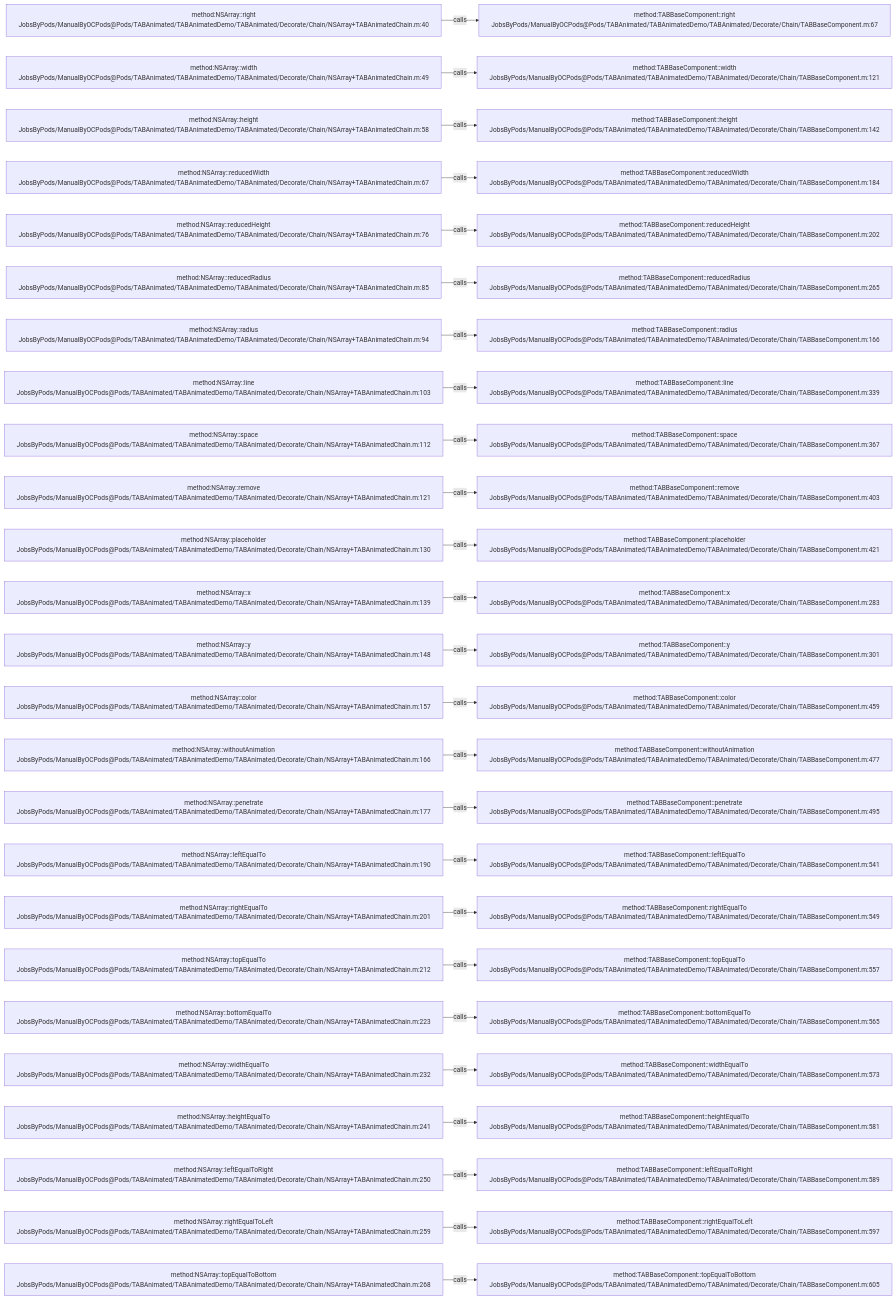
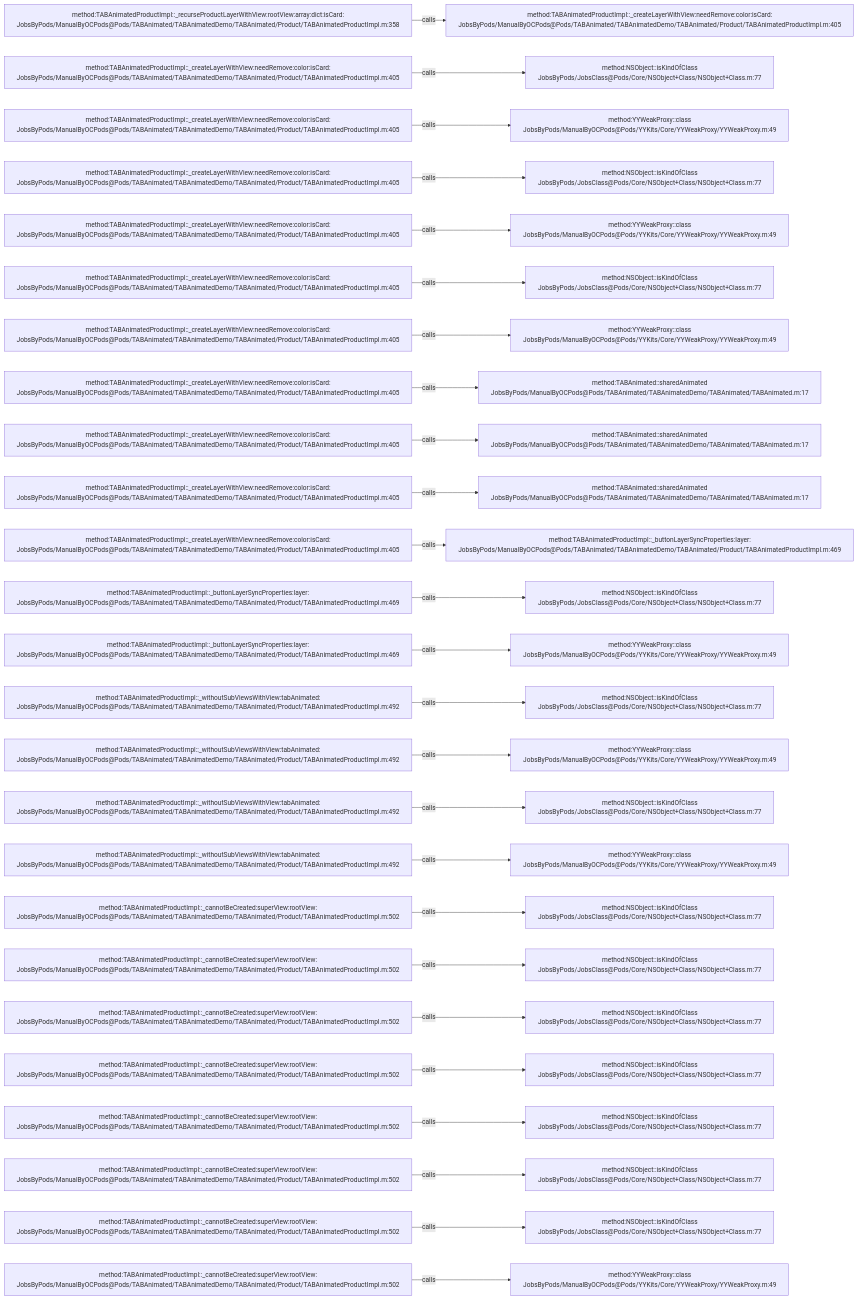
One commit to JobsKits/JobsOCBaseConfigDemo changed the diagram in .codegraph/codegraph.md/graphs/calls-038.md. Above: the diagram before and after it, drawn with Mermaid. The commit also changed 1223 other files, not shown here.

````diff
--- a/.codegraph/codegraph.md/graphs/calls-038.md
+++ b/.codegraph/codegraph.md/graphs/calls-038.md
@@ -13,78 +13,78 @@
 ```mermaid
 flowchart LR
-  S1["method:NSArray::right<br/>JobsByPods/ManualByOCPods@Pods/TABAnimated/TABAnimatedDemo/TABAnimated/Decorate/Chain/NSArray+TABAnimatedChain.m:40"]
-  T1["method:TABBaseComponent::right<br/>JobsByPods/ManualByOCPods@Pods/TABAnimated/TABAnimatedDemo/TABAnimated/Decorate/Chain/TABBaseComponent.m:67"]
+  S1["method:TABAnimatedProductImpl::_recurseProductLayerWithView:rootView:array:dict:isCard:<br/>JobsByPods/ManualByOCPods@Pods/TABAnimated/TABAnimatedDemo/TABAnimated/Product/TABAnimatedProductImpl.m:358"]
+  T1["method:TABAnimatedProductImpl::_createLayerWithView:needRemove:color:isCard:<br/>JobsByPods/ManualByOCPods@Pods/TABAnimated/TABAnimatedDemo/TABAnimated/Product/TABAnimatedProductImpl.m:405"]
   S1 -->|calls| T1
-  S2["method:NSArray::width<br/>JobsByPods/ManualByOCPods@Pods/TABAnimated/TABAnimatedDemo/TABAnimated/Decorate/Chain/NSArray+TABAnimatedChain.m:49"]
-  T2["method:TABBaseComponent::width<br/>JobsByPods/ManualByOCPods@Pods/TABAnimated/TABAnimatedDemo/TABAnimated/Decorate/Chain/TABBaseComponent.m:121"]
+  S2["method:TABAnimatedProductImpl::_createLayerWithView:needRemove:color:isCard:<br/>JobsByPods/ManualByOCPods@Pods/TABAnimated/TABAnimatedDemo/TABAnimated/Product/TABAnimatedProductImpl.m:405"]
+  T2["method:NSObject::isKindOfClass<br/>JobsByPods/JobsClass@Pods/Core/NSObject+Class/NSObject+Class.m:77"]
   S2 -->|calls| T2
-  S3["method:NSArray::height<br/>JobsByPods/ManualByOCPods@Pods/TABAnimated/TABAnimatedDemo/TABAnimated/Decorate/Chain/NSArray+TABAnimatedChain.m:58"]
-  T3["method:TABBaseComponent::height<br/>JobsByPods/ManualByOCPods@Pods/TABAnimated/TABAnimatedDemo/TABAnimated/Decorate/Chain/TABBaseComponent.m:142"]
+  S3["method:TABAnimatedProductImpl::_createLayerWithView:needRemove:color:isCard:<br/>JobsByPods/ManualByOCPods@Pods/TABAnimated/TABAnimatedDemo/TABAnimated/Product/TABAnimatedProductImpl.m:405"]
+  T3["method:YYWeakProxy::class<br/>JobsByPods/ManualByOCPods@Pods/YYKits/Core/YYWeakProxy/YYWeakProxy.m:49"]
   S3 -->|calls| T3
-  S4["method:NSArray::reducedWidth<br/>JobsByPods/ManualByOCPods@Pods/TABAnimated/TABAnimatedDemo/TABAnimated/Decorate/Chain/NSArray+TABAnimatedChain.m:67"]
-  T4["method:TABBaseComponent::reducedWidth<br/>JobsByPods/ManualByOCPods@Pods/TABAnimated/TABAnimatedDemo/TABAnimated/Decorate/Chain/TABBaseComponent.m:184"]
+  S4["method:TABAnimatedProductImpl::_createLayerWithView:needRemove:color:isCard:<br/>JobsByPods/ManualByOCPods@Pods/TABAnimated/TABAnimatedDemo/TABAnimated/Product/TABAnimatedProductImpl.m:405"]
+  T4["method:NSObject::isKindOfClass<br/>JobsByPods/JobsClass@Pods/Core/NSObject+Class/NSObject+Class.m:77"]
   S4 -->|calls| T4
-  S5["method:NSArray::reducedHeight<br/>JobsByPods/ManualByOCPods@Pods/TABAnimated/TABAnimatedDemo/TABAnimated/Decorate/Chain/NSArray+TABAnimatedChain.m:76"]
-  T5["method:TABBaseComponent::reducedHeight<br/>JobsByPods/ManualByOCPods@Pods/TABAnimated/TABAnimatedDemo/TABAnimated/Decorate/Chain/TABBaseComponent.m:202"]
+  S5["method:TABAnimatedProductImpl::_createLayerWithView:needRemove:color:isCard:<br/>JobsByPods/ManualByOCPods@Pods/TABAnimated/TABAnimatedDemo/TABAnimated/Product/TABAnimatedProductImpl.m:405"]
+  T5["method:YYWeakProxy::class<br/>JobsByPods/ManualByOCPods@Pods/YYKits/Core/YYWeakProxy/YYWeakProxy.m:49"]
   S5 -->|calls| T5
-  S6["method:NSArray::reducedRadius<br/>JobsByPods/ManualByOCPods@Pods/TABAnimated/TABAnimatedDemo/TABAnimated/Decorate/Chain/NSArray+TABAnimatedChain.m:85"]
-  T6["method:TABBaseComponent::reducedRadius<br/>JobsByPods/ManualByOCPods@Pods/TABAnimated/TABAnimatedDemo/TABAnimated/Decorate/Chain/TABBaseComponent.m:265"]
+  S6["method:TABAnimatedProductImpl::_createLayerWithView:needRemove:color:isCard:<br/>JobsByPods/ManualByOCPods@Pods/TABAnimated/TABAnimatedDemo/TABAnimated/Product/TABAnimatedProductImpl.m:405"]
+  T6["method:NSObject::isKindOfClass<br/>JobsByPods/JobsClass@Pods/Core/NSObject+Class/NSObject+Class.m:77"]
   S6 -->|calls| T6
-  S7["method:NSArray::radius<br/>JobsByPods/ManualByOCPods@Pods/TABAnimated/TABAnimatedDemo/TABAnimated/Decorate/Chain/NSArray+TABAnimatedChain.m:94"]
-  T7["method:TABBaseComponent::radius<br/>JobsByPods/ManualByOCPods@Pods/TABAnimated/TABAnimatedDemo/TABAnimated/Decorate/Chain/TABBaseComponent.m:166"]
+  S7["method:TABAnimatedProductImpl::_createLayerWithView:needRemove:color:isCard:<br/>JobsByPods/ManualByOCPods@Pods/TABAnimated/TABAnimatedDemo/TABAnimated/Product/TABAnimatedProductImpl.m:405"]
+  T7["method:YYWeakProxy::class<br/>JobsByPods/ManualByOCPods@Pods/YYKits/Core/YYWeakProxy/YYWeakProxy.m:49"]
   S7 -->|calls| T7
-  S8["method:NSArray::line<br/>JobsByPods/ManualByOCPods@Pods/TABAnimated/TABAnimatedDemo/TABAnimated/Decorate/Chain/NSArray+TABAnimatedChain.m:103"]
-  T8["method:TABBaseComponent::line<br/>JobsByPods/ManualByOCPods@Pods/TABAnimated/TABAnimatedDemo/TABAnimated/Decorate/Chain/TABBaseComponent.m:339"]
+  S8["method:TABAnimatedProductImpl::_createLayerWithView:needRemove:color:isCard:<br/>JobsByPods/ManualByOCPods@Pods/TABAnimated/TABAnimatedDemo/TABAnimated/Product/TABAnimatedProductImpl.m:405"]
+  T8["method:TABAnimated::sharedAnimated<br/>JobsByPods/ManualByOCPods@Pods/TABAnimated/TABAnimatedDemo/TABAnimated/TABAnimated.m:17"]
   S8 -->|calls| T8
-  S9["method:NSArray::space<br/>JobsByPods/ManualByOCPods@Pods/TABAnimated/TABAnimatedDemo/TABAnimated/Decorate/Chain/NSArray+TABAnimatedChain.m:112"]
-  T9["method:TABBaseComponent::space<br/>JobsByPods/ManualByOCPods@Pods/TABAnimated/TABAnimatedDemo/TABAnimated/Decorate/Chain/TABBaseComponent.m:367"]
+  S9["method:TABAnimatedProductImpl::_createLayerWithView:needRemove:color:isCard:<br/>JobsByPods/ManualByOCPods@Pods/TABAnimated/TABAnimatedDemo/TABAnimated/Product/TABAnimatedProductImpl.m:405"]
+  T9["method:TABAnimated::sharedAnimated<br/>JobsByPods/ManualByOCPods@Pods/TABAnimated/TABAnimatedDemo/TABAnimated/TABAnimated.m:17"]
   S9 -->|calls| T9
-  S10["method:NSArray::remove<br/>JobsByPods/ManualByOCPods@Pods/TABAnimated/TABAnimatedDemo/TABAnimated/Decorate/Chain/NSArray+TABAnimatedChain.m:121"]
-  T10["method:TABBaseComponent::remove<br/>JobsByPods/ManualByOCPods@Pods/TABAnimated/TABAnimatedDemo/TABAnimated/Decorate/Chain/TABBaseComponent.m:403"]
+  S10["method:TABAnimatedProductImpl::_createLayerWithView:needRemove:color:isCard:<br/>JobsByPods/ManualByOCPods@Pods/TABAnimated/TABAnimatedDemo/TABAnimated/Product/TABAnimatedProductImpl.m:405"]
+  T10["method:TABAnimated::sharedAnimated<br/>JobsByPods/ManualByOCPods@Pods/TABAnimated/TABAnimatedDemo/TABAnimated/TABAnimated.m:17"]
   S10 -->|calls| T10
-  S11["method:NSArray::placeholder<br/>JobsByPods/ManualByOCPods@Pods/TABAnimated/TABAnimatedDemo/TABAnimated/Decorate/Chain/NSArray+TABAnimatedChain.m:130"]
-  T11["method:TABBaseComponent::placeholder<br/>JobsByPods/ManualByOCPods@Pods/TABAnimated/TABAnimatedDemo/TABAnimated/Decorate/Chain/TABBaseComponent.m:421"]
+  S11["method:TABAnimatedProductImpl::_createLayerWithView:needRemove:color:isCard:<br/>JobsByPods/ManualByOCPods@Pods/TABAnimated/TABAnimatedDemo/TABAnimated/Product/TABAnimatedProductImpl.m:405"]
+  T11["method:TABAnimatedProductImpl::_buttonLayerSyncProperties:layer:<br/>JobsByPods/ManualByOCPods@Pods/TABAnimated/TABAnimatedDemo/TABAnimated/Product/TABAnimatedProductImpl.m:469"]
   S11 -->|calls| T11
-  S12["method:NSArray::x<br/>JobsByPods/ManualByOCPods@Pods/TABAnimated/TABAnimatedDemo/TABAnimated/Decorate/Chain/NSArray+TABAnimatedChain.m:139"]
-  T12["method:TABBaseComponent::x<br/>JobsByPods/ManualByOCPods@Pods/TABAnimated/TABAnimatedDemo/TABAnimated/Decorate/Chain/TABBaseComponent.m:283"]
+  S12["method:TABAnimatedProductImpl::_buttonLayerSyncProperties:layer:<br/>JobsByPods/ManualByOCPods@Pods/TABAnimated/TABAnimatedDemo/TABAnimated/Product/TABAnimatedProductImpl.m:469"]
+  T12["method:NSObject::isKindOfClass<br/>JobsByPods/JobsClass@Pods/Core/NSObject+Class/NSObject+Class.m:77"]
   S12 -->|calls| T12
-  S13["method:NSArray::y<br/>JobsByPods/ManualByOCPods@Pods/TABAnimated/TABAnimatedDemo/TABAnimated/Decorate/Chain/NSArray+TABAnimatedChain.m:148"]
-  T13["method:TABBaseComponent::y<br/>JobsByPods/ManualByOCPods@Pods/TABAnimated/TABAnimatedDemo/TABAnimated/Decorate/Chain/TABBaseComponent.m:301"]
+  S13["method:TABAnimatedProductImpl::_buttonLayerSyncProperties:layer:<br/>JobsByPods/ManualByOCPods@Pods/TABAnimated/TABAnimatedDemo/TABAnimated/Product/TABAnimatedProductImpl.m:469"]
+  T13["method:YYWeakProxy::class<br/>JobsByPods/ManualByOCPods@Pods/YYKits/Core/YYWeakProxy/YYWeakProxy.m:49"]
   S13 -->|calls| T13
-  S14["method:NSArray::color<br/>JobsByPods/ManualByOCPods@Pods/TABAnimated/TABAnimatedDemo/TABAnimated/Decorate/Chain/NSArray+TABAnimatedChain.m:157"]
-  T14["method:TABBaseComponent::color<br/>JobsByPods/ManualByOCPods@Pods/TABAnimated/TABAnimatedDemo/TABAnimated/Decorate/Chain/TABBaseComponent.m:459"]
+  S14["method:TABAnimatedProductImpl::_withoutSubViewsWithView:tabAnimated:<br/>JobsByPods/ManualByOCPods@Pods/TABAnimated/TABAnimatedDemo/TABAnimated/Product/TABAnimatedProductImpl.m:492"]
+  T14["method:NSObject::isKindOfClass<br/>JobsByPods/JobsClass@Pods/Core/NSObject+Class/NSObject+Class.m:77"]
   S14 -->|calls| T14
-  S15["method:NSArray::withoutAnimation<br/>JobsByPods/ManualByOCPods@Pods/TABAnimated/TABAnimatedDemo/TABAnimated/Decorate/Chain/NSArray+TABAnimatedChain.m:166"]
-  T15["method:TABBaseComponent::withoutAnimation<br/>JobsByPods/ManualByOCPods@Pods/TABAnimated/TABAnimatedDemo/TABAnimated/Decorate/Chain/TABBaseComponent.m:477"]
+  S15["method:TABAnimatedProductImpl::_withoutSubViewsWithView:tabAnimated:<br/>JobsByPods/ManualByOCPods@Pods/TABAnimated/TABAnimatedDemo/TABAnimated/Product/TABAnimatedProductImpl.m:492"]
+  T15["method:YYWeakProxy::class<br/>JobsByPods/ManualByOCPods@Pods/YYKits/Core/YYWeakProxy/YYWeakProxy.m:49"]
   S15 -->|calls| T15
-  S16["method:NSArray::penetrate<br/>JobsByPods/ManualByOCPods@Pods/TABAnimated/TABAnimatedDemo/TABAnimated/Decorate/Chain/NSArray+TABAnimatedChain.m:177"]
-  T16["method:TABBaseComponent::penetrate<br/>JobsByPods/ManualByOCPods@Pods/TABAnimated/TABAnimatedDemo/TABAnimated/Decorate/Chain/TABBaseComponent.m:495"]
+  S16["method:TABAnimatedProductImpl::_withoutSubViewsWithView:tabAnimated:<br/>JobsByPods/ManualByOCPods@Pods/TABAnimated/TABAnimatedDemo/TABAnimated/Product/TABAnimatedProductImpl.m:492"]
+  T16["method:NSObject::isKindOfClass<br/>JobsByPods/JobsClass@Pods/Core/NSObject+Class/NSObject+Class.m:77"]
   S16 -->|calls| T16
-  S17["method:NSArray::leftEqualTo<br/>JobsByPods/ManualByOCPods@Pods/TABAnimated/TABAnimatedDemo/TABAnimated/Decorate/Chain/NSArray+TABAnimatedChain.m:190"]
-  T17["method:TABBaseComponent::leftEqualTo<br/>JobsByPods/ManualByOCPods@Pods/TABAnimated/TABAnimatedDemo/TABAnimated/Decorate/Chain/TABBaseComponent.m:541"]
+  S17["method:TABAnimatedProductImpl::_withoutSubViewsWithView:tabAnimated:<br/>JobsByPods/ManualByOCPods@Pods/TABAnimated/TABAnimatedDemo/TABAnimated/Product/TABAnimatedProductImpl.m:492"]
+  T17["method:YYWeakProxy::class<br/>JobsByPods/ManualByOCPods@Pods/YYKits/Core/YYWeakProxy/YYWeakProxy.m:49"]
   S17 -->|calls| T17
-  S18["method:NSArray::rightEqualTo<br/>JobsByPods/ManualByOCPods@Pods/TABAnimated/TABAnimatedDemo/TABAnimated/Decorate/Chain/NSArray+TABAnimatedChain.m:201"]
-  T18["method:TABBaseComponent::rightEqualTo<br/>JobsByPods/ManualByOCPods@Pods/TABAnimated/TABAnimatedDemo/TABAnimated/Decorate/Chain/TABBaseComponent.m:549"]
+  S18["method:TABAnimatedProductImpl::_cannotBeCreated:superView:rootView:<br/>JobsByPods/ManualByOCPods@Pods/TABAnimated/TABAnimatedDemo/TABAnimated/Product/TABAnimatedProductImpl.m:502"]
+  T18["method:NSObject::isKindOfClass<br/>JobsByPods/JobsClass@Pods/Core/NSObject+Class/NSObject+Class.m:77"]
   S18 -->|calls| T18
-  S19["method:NSArray::topEqualTo<br/>JobsByPods/ManualByOCPods@Pods/TABAnimated/TABAnimatedDemo/TABAnimated/Decorate/Chain/NSArray+TABAnimatedChain.m:212"]
-  T19["method:TABBaseComponent::topEqualTo<br/>JobsByPods/ManualByOCPods@Pods/TABAnimated/TABAnimatedDemo/TABAnimated/Decorate/Chain/TABBaseComponent.m:557"]
+  S19["method:TABAnimatedProductImpl::_cannotBeCreated:superView:rootView:<br/>JobsByPods/ManualByOCPods@Pods/TABAnimated/TABAnimatedDemo/TABAnimated/Product/TABAnimatedProductImpl.m:502"]
+  T19["method:NSObject::isKindOfClass<br/>JobsByPods/JobsClass@Pods/Core/NSObject+Class/NSObject+Class.m:77"]
   S19 -->|calls| T19
-  S20["method:NSArray::bottomEqualTo<br/>JobsByPods/ManualByOCPods@Pods/TABAnimated/TABAnimatedDemo/TABAnimated/Decorate/Chain/NSArray+TABAnimatedChain.m:223"]
-  T20["method:TABBaseComponent::bottomEqualTo<br/>JobsByPods/ManualByOCPods@Pods/TABAnimated/TABAnimatedDemo/TABAnimated/Decorate/Chain/TABBaseComponent.m:565"]
+  S20["method:TABAnimatedProductImpl::_cannotBeCreated:superView:rootView:<br/>JobsByPods/ManualByOCPods@Pods/TABAnimated/TABAnimatedDemo/TABAnimated/Product/TABAnimatedProductImpl.m:502"]
+  T20["method:NSObject::isKindOfClass<br/>JobsByPods/JobsClass@Pods/Core/NSObject+Class/NSObject+Class.m:77"]
   S20 -->|calls| T20
-  S21["method:NSArray::widthEqualTo<br/>JobsByPods/ManualByOCPods@Pods/TABAnimated/TABAnimatedDemo/TABAnimated/Decorate/Chain/NSArray+TABAnimatedChain.m:232"]
-  T21["method:TABBaseComponent::widthEqualTo<br/>JobsByPods/ManualByOCPods@Pods/TABAnimated/TABAnimatedDemo/TABAnimated/Decorate/Chain/TABBaseComponent.m:573"]
+  S21["method:TABAnimatedProductImpl::_cannotBeCreated:superView:rootView:<br/>JobsByPods/ManualByOCPods@Pods/TABAnimated/TABAnimatedDemo/TABAnimated/Product/TABAnimatedProductImpl.m:502"]
+  T21["method:NSObject::isKindOfClass<br/>JobsByPods/JobsClass@Pods/Core/NSObject+Class/NSObject+Class.m:77"]
   S21 -->|calls| T21
-  S22["method:NSArray::heightEqualTo<br/>JobsByPods/ManualByOCPods@Pods/TABAnimated/TABAnimatedDemo/TABAnimated/Decorate/Chain/NSArray+TABAnimatedChain.m:241"]
-  T22["method:TABBaseComponent::heightEqualTo<br/>JobsByPods/ManualByOCPods@Pods/TABAnimated/TABAnimatedDemo/TABAnimated/Decorate/Chain/TABBaseComponent.m:581"]
+  S22["method:TABAnimatedProductImpl::_cannotBeCreated:superView:rootView:<br/>JobsByPods/ManualByOCPods@Pods/TABAnimated/TABAnimatedDemo/TABAnimated/Product/TABAnimatedProductImpl.m:502"]
+  T22["method:NSObject::isKindOfClass<br/>JobsByPods/JobsClass@Pods/Core/NSObject+Class/NSObject+Class.m:77"]
   S22 -->|calls| T22
-  S23["method:NSArray::leftEqualToRight<br/>JobsByPods/ManualByOCPods@Pods/TABAnimated/TABAnimatedDemo/TABAnimated/Decorate/Chain/NSArray+TABAnimatedChain.m:250"]
-  T23["method:TABBaseComponent::leftEqualToRight<br/>JobsByPods/ManualByOCPods@Pods/TABAnimated/TABAnimatedDemo/TABAnimated/Decorate/Chain/TABBaseComponent.m:589"]
+  S23["method:TABAnimatedProductImpl::_cannotBeCreated:superView:rootView:<br/>JobsByPods/ManualByOCPods@Pods/TABAnimated/TABAnimatedDemo/TABAnimated/Product/TABAnimatedProductImpl.m:502"]
+  T23["method:NSObject::isKindOfClass<br/>JobsByPods/JobsClass@Pods/Core/NSObject+Class/NSObject+Class.m:77"]
   S23 -->|calls| T23
-  S24["method:NSArray::rightEqualToLeft<br/>JobsByPods/ManualByOCPods@Pods/TABAnimated/TABAnimatedDemo/TABAnimated/Decorate/Chain/NSArray+TABAnimatedChain.m:259"]
-  T24["method:TABBaseComponent::rightEqualToLeft<br/>JobsByPods/ManualByOCPods@Pods/TABAnimated/TABAnimatedDemo/TABAnimated/Decorate/Chain/TABBaseComponent.m:597"]
+  S24["method:TABAnimatedProductImpl::_cannotBeCreated:superView:rootView:<br/>JobsByPods/ManualByOCPods@Pods/TABAnimated/TABAnimatedDemo/TABAnimated/Product/TABAnimatedProductImpl.m:502"]
+  T24["method:NSObject::isKindOfClass<br/>JobsByPods/JobsClass@Pods/Core/NSObject+Class/NSObject+Class.m:77"]
   S24 -->|calls| T24
-  S25["method:NSArray::topEqualToBottom<br/>JobsByPods/ManualByOCPods@Pods/TABAnimated/TABAnimatedDemo/TABAnimated/Decorate/Chain/NSArray+TABAnimatedChain.m:268"]
-  T25["method:TABBaseComponent::topEqualToBottom<br/>JobsByPods/ManualByOCPods@Pods/TABAnimated/TABAnimatedDemo/TABAnimated/Decorate/Chain/TABBaseComponent.m:605"]
+  S25["method:TABAnimatedProductImpl::_cannotBeCreated:superView:rootView:<br/>JobsByPods/ManualByOCPods@Pods/TABAnimated/TABAnimatedDemo/TABAnimated/Product/TABAnimatedProductImpl.m:502"]
+  T25["method:YYWeakProxy::class<br/>JobsByPods/ManualByOCPods@Pods/YYKits/Core/YYWeakProxy/YYWeakProxy.m:49"]
   S25 -->|calls| T25
 ```
````
